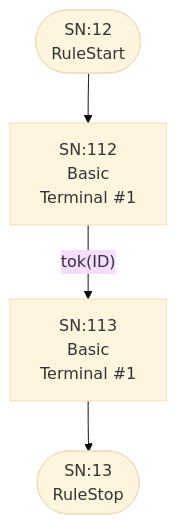
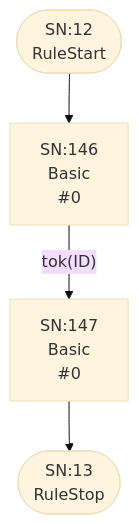
The seventh of 25 diagrams in internal/grammar/atn.md (TypeFox/fastbelt), drawn with Mermaid (base theme) before and after one commit. The commit also changed other lines of this file and 10 other files, not shown here.

````diff
--- a/internal/grammar/atn.md
+++ b/internal/grammar/atn.md
@@ -199,11 +202,11 @@
 ```mermaid
 flowchart TD
     q12(["SN:12<br/>RuleStart"])
     q13(["SN:13<br/>RuleStop"])
-    q112["SN:112<br/>Basic<br/>Terminal #1"]
-    q113["SN:113<br/>Basic<br/>Terminal #1"]
+    q146["SN:146<br/>Basic<br/> #0"]
+    q147["SN:147<br/>Basic<br/> #0"]
 
-    q12 --> q112
-    q112 -->|"tok(ID)"| q113
-    q113 --> q13
+    q12 --> q146
+    q146 -->|"tok(ID)"| q147
+    q147 --> q13
 ```
````
